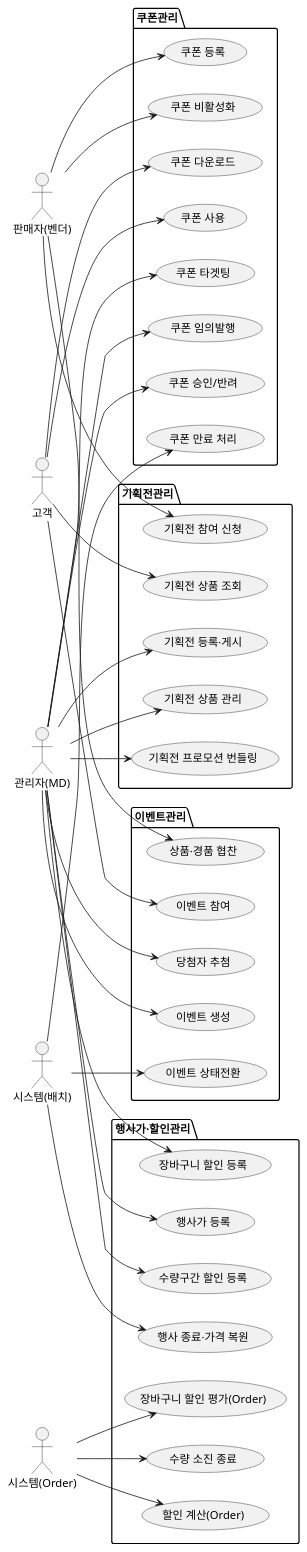
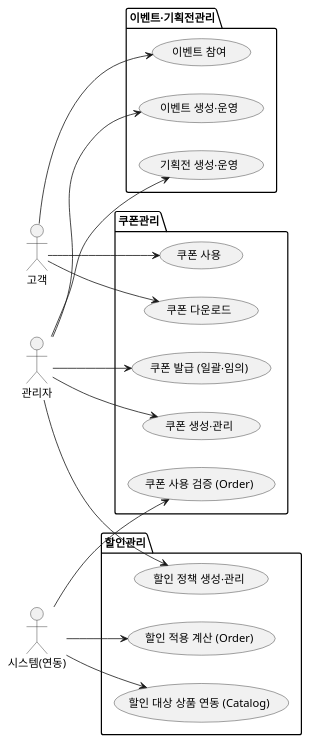
The diagram in docs/자산화-단계별/S2-구조설계/DC-상위유스케이스(Promotion).md (parknahyun/runNShop), drawn with PlantUML before and after one commit. The commit also changed other lines of this file and 5 other files, not shown here.

````diff
--- a/docs/자산화-단계별/S2-구조설계/DC-상위유스케이스(Promotion).md
+++ b/docs/자산화-단계별/S2-구조설계/DC-상위유스케이스(Promotion).md
@@ -89,78 +95,44 @@
 ```plantuml
 @startuml
 left to right direction
 skinparam backgroundColor transparent
 
-actor "관리자(MD)" as MD
-actor "판매자(벤더)" as Vendor
+actor 관리자 as Admin
 actor 고객 as Customer
-actor "시스템(Order)" as SysOrder
-actor "시스템(배치)" as SysBatch
+actor "시스템(연동)" as SysLink
 
 package "쿠폰관리" {
-  usecase "쿠폰 등록" as UC1
-  usecase "쿠폰 승인/반려" as UC2
-  usecase "쿠폰 타겟팅" as UC3
-  usecase "쿠폰 임의발행" as UC4
-  usecase "쿠폰 비활성화" as UC5
-  usecase "쿠폰 다운로드" as UC6
-  usecase "쿠폰 사용" as UC7
-  usecase "쿠폰 만료 처리" as UC8
+  usecase "쿠폰 생성·관리" as UC1
+  usecase "쿠폰 발급 (일괄·임의)" as UC2
+  usecase "쿠폰 다운로드" as UC3
+  usecase "쿠폰 사용" as UC4
+  usecase "쿠폰 사용 검증 (Order)" as UC5
 }
 
-package "행사가·할인관리" {
-  usecase "행사가 등록" as UC10
-  usecase "수량구간 할인 등록" as UC11
-  usecase "장바구니 할인 등록" as UC12
-  usecase "행사 종료·가격 복원" as UC13
-  usecase "수량 소진 종료" as UC14
-  usecase "할인 계산(Order)" as UC15
-  usecase "장바구니 할인 평가(Order)" as UC16
+package "할인관리" {
+  usecase "할인 정책 생성·관리" as UC6
+  usecase "할인 적용 계산 (Order)" as UC7
+  usecase "할인 대상 상품 연동 (Catalog)" as UC8
 }
 
-package "기획전관리" {
-  usecase "기획전 등록·게시" as UC20
-  usecase "기획전 상품 관리" as UC21
-  usecase "기획전 프로모션 번들링" as UC22
-  usecase "기획전 상품 조회" as UC23
-  usecase "기획전 참여 신청" as UC24
+package "이벤트·기획전관리" {
+  usecase "이벤트 생성·운영" as UC9
+  usecase "이벤트 참여" as UC10
+  usecase "기획전 생성·운영" as UC11
 }
 
-package "이벤트관리" {
-  usecase "이벤트 생성" as UC30
-  usecase "이벤트 상태전환" as UC31
-  usecase "당첨자 추첨" as UC32
-  usecase "이벤트 참여" as UC33
-  usecase "상품·경품 협찬" as UC34
-}
+Admin --> UC1
+Admin --> UC2
+Customer --> UC3
+Customer --> UC4
+SysLink --> UC5
 
-Vendor --> UC1
-MD --> UC2
-MD --> UC3
-MD --> UC4
-Vendor --> UC5
-Customer --> UC6
-Customer --> UC7
-SysBatch --> UC8
+Admin --> UC6
+SysLink --> UC7
+SysLink --> UC8
 
-MD --> UC10
-MD --> UC11
-MD --> UC12
-SysBatch --> UC13
-SysOrder --> UC14
-SysOrder --> UC15
-SysOrder --> UC16
-
-MD --> UC20
-MD --> UC21
-MD --> UC22
-Customer --> UC23
-Vendor --> UC24
-
-MD --> UC30
-SysBatch --> UC31
-MD --> UC32
-Customer --> UC33
-Vendor --> UC34
+Admin --> UC9
+Customer --> UC10
+Admin --> UC11
 @enduml
 ```
````
